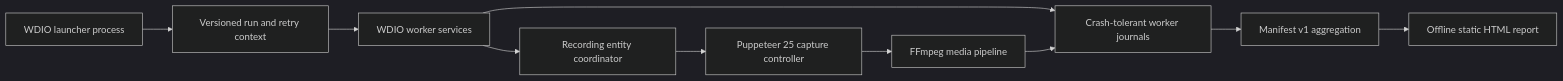
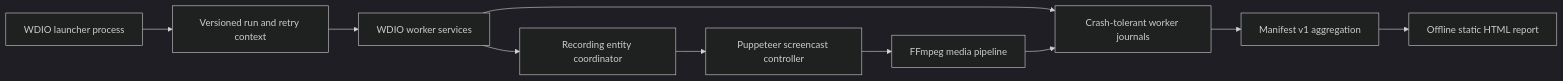
The diagram in README.md (DanLambe/wdio-puppeteer-video-service), drawn with Mermaid (dark theme) before and after one commit. The commit also changed other lines of this file and 120 other files, not shown here.

````diff
--- a/README.md
+++ b/README.md
@@ -27,12 +27,12 @@
 ```mermaid
 flowchart LR
   launcher["WDIO launcher process"] --> context["Versioned run and retry context"]
   context --> workers["WDIO worker services"]
   workers --> coordinator["Recording entity coordinator"]
-  coordinator --> capture["Puppeteer 25 capture controller"]
+  coordinator --> capture["Puppeteer screencast controller"]
   capture --> media["FFmpeg media pipeline"]
   workers --> journals["Crash-tolerant worker journals"]
   media --> journals
   journals --> manifest["Manifest v1 aggregation"]
   manifest --> report["Offline static HTML report"]
 ```
````
